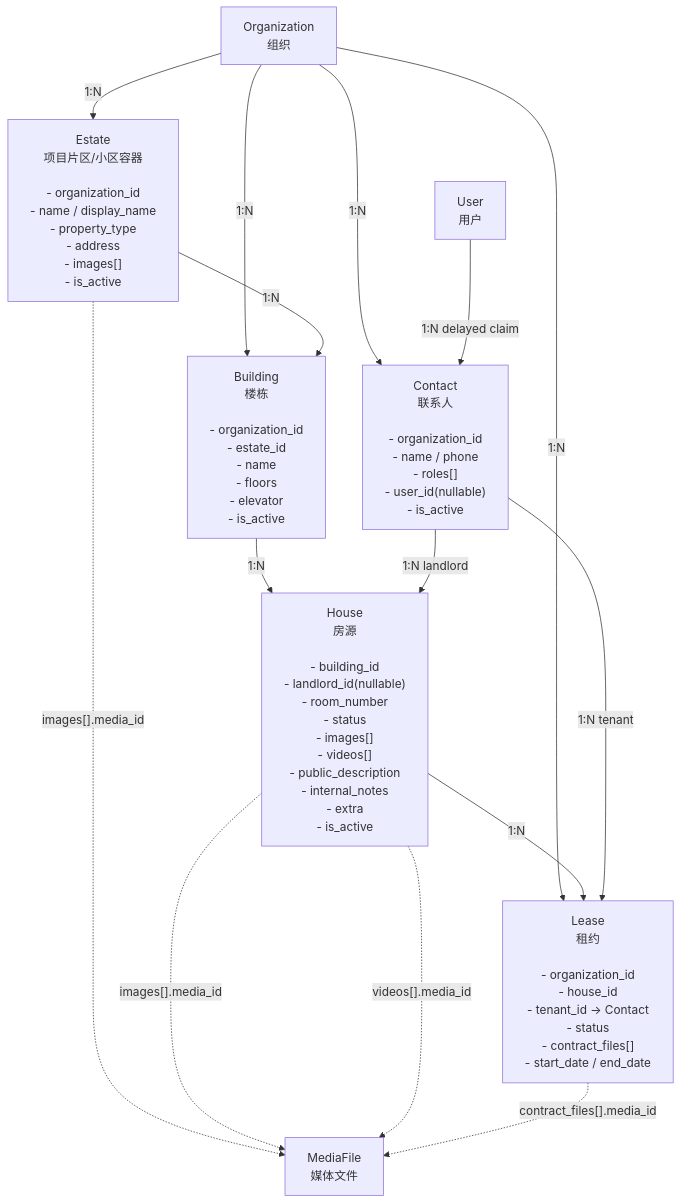
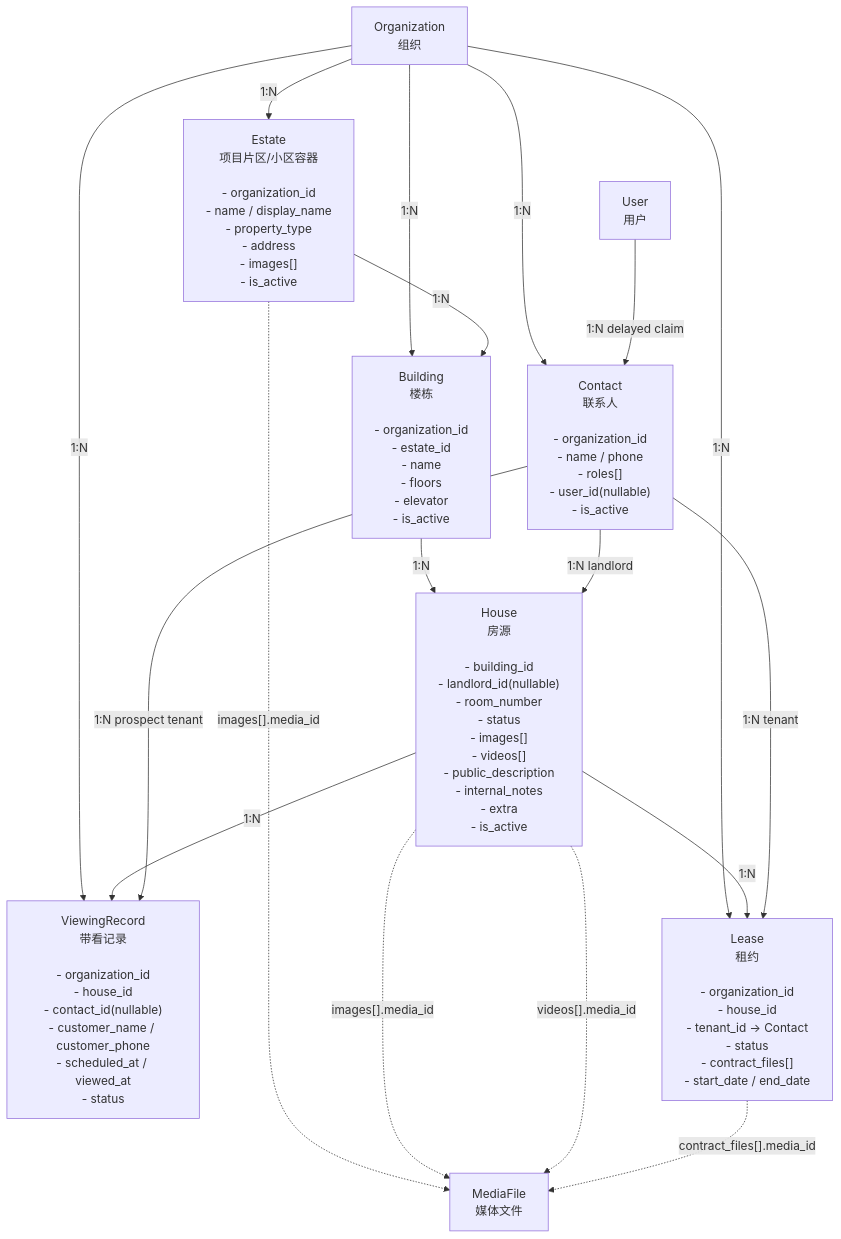
Before and after one commit to ol0o0lo/linkcloud-space: the fourth of 6 diagrams in openspec/changes/property-rental-management/design.md, drawn with Mermaid. The commit also changed other lines of this file and 8 other files, not shown here.

````diff
--- a/openspec/changes/property-rental-management/design.md
+++ b/openspec/changes/property-rental-management/design.md
@@ -302,28 +340,32 @@
 ```mermaid
 flowchart TD
     org["Organization<br/>组织"]
     user["User<br/>用户"]
     media["MediaFile<br/>媒体文件"]
 
     estate["Estate<br/>项目片区/小区容器<br/><br/>- organization_id<br/>- name / display_name<br/>- property_type<br/>- address<br/>- images[]<br/>- is_active"]
     building["Building<br/>楼栋<br/><br/>- organization_id<br/>- estate_id<br/>- name<br/>- floors<br/>- elevator<br/>- is_active"]
     house["House<br/>房源<br/><br/>- building_id<br/>- landlord_id(nullable)<br/>- room_number<br/>- status<br/>- images[]<br/>- videos[]<br/>- public_description<br/>- internal_notes<br/>- extra<br/>- is_active"]
     contact["Contact<br/>联系人<br/><br/>- organization_id<br/>- name / phone<br/>- roles[]<br/>- user_id(nullable)<br/>- is_active"]
+    viewing["ViewingRecord<br/>带看记录<br/><br/>- organization_id<br/>- house_id<br/>- contact_id(nullable)<br/>- customer_name / customer_phone<br/>- scheduled_at / viewed_at<br/>- status"]
     lease["Lease<br/>租约<br/><br/>- organization_id<br/>- house_id<br/>- tenant_id -> Contact<br/>- status<br/>- contract_files[]<br/>- start_date / end_date"]
 
     org -->|"1:N"| estate
     org -->|"1:N"| building
     org -->|"1:N"| contact
+    org -->|"1:N"| viewing
     org -->|"1:N"| lease
 
     estate -->|"1:N"| building
     building -->|"1:N"| house
     contact -->|"1:N landlord"| house
+    house -->|"1:N"| viewing
+    contact -->|"1:N prospect tenant"| viewing
     house -->|"1:N"| lease
     contact -->|"1:N tenant"| lease
     user -->|"1:N delayed claim"| contact
     estate -.->|"images[].media_id"| media
     house -.->|"images[].media_id"| media
     house -.->|"videos[].media_id"| media
     lease -.->|"contract_files[].media_id"| media
 ```
````
